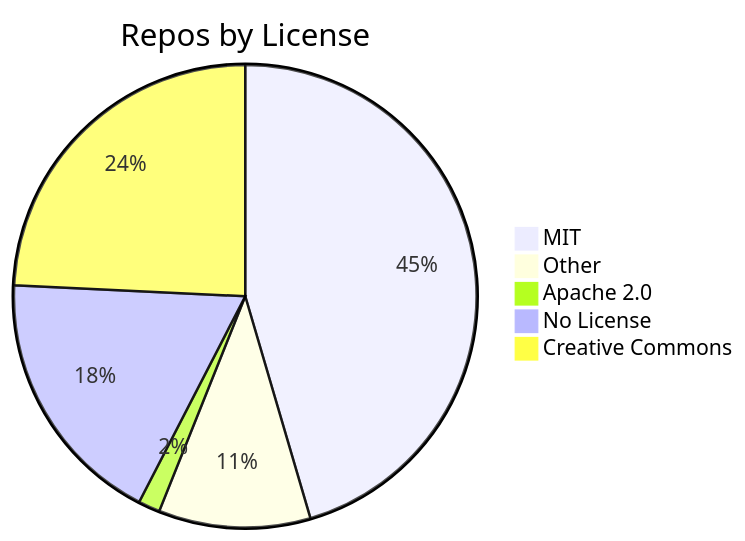
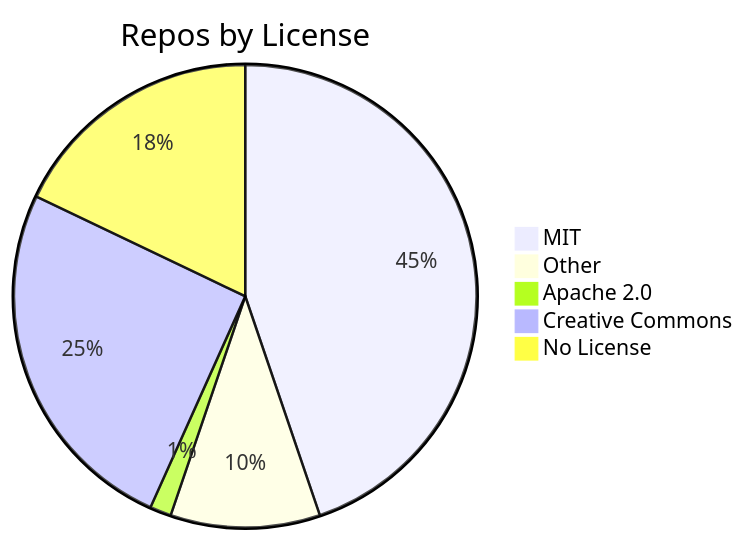
One commit to jpatterson933/awesome-mcp-server-repo-index changed the diagram in README.md. Above: the diagram before and after it, drawn with Mermaid. The commit also changed other lines of this file and 7 other files, not shown here.

````diff
--- a/README.md
+++ b/README.md
@@ -31,8 +31,8 @@
 ```mermaid
 pie title Repos by License
     "MIT" : 30
     "Other" : 7
     "Apache 2.0" : 1
+    "Creative Commons" : 17
     "No License" : 12
-    "Creative Commons" : 16
 ```
````
